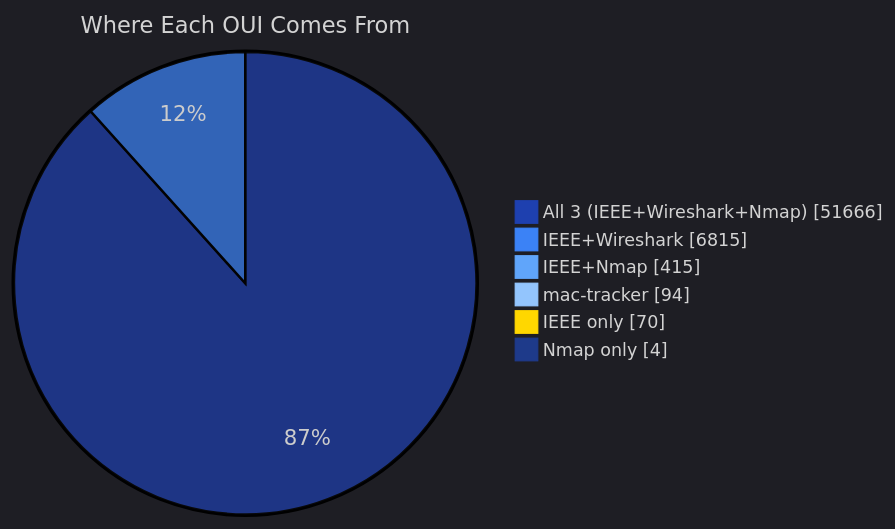
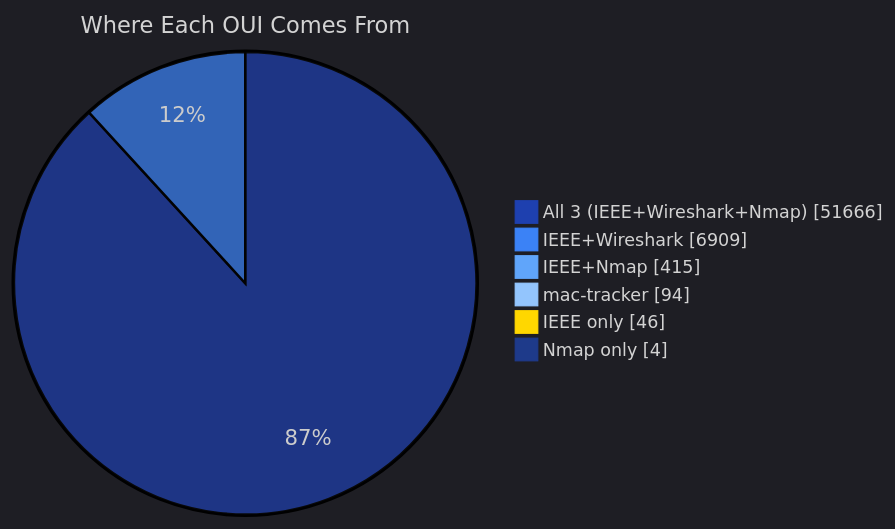
The second of 5 diagrams in data/readmes/Ringmast4r__OUI-Master-Database.md (zqf20096327/dbhub_collect), drawn with Mermaid before and after one commit. The commit also changed other lines of this file and 514 other files, not shown here.

````diff
--- a/data/readmes/Ringmast4r__OUI-Master-Database.md
+++ b/data/readmes/Ringmast4r__OUI-Master-Database.md
@@ -97,11 +97,11 @@
 ```mermaid
 %%{init: {'theme':'dark', 'themeVariables': {'pie1':'#1E40AF','pie2':'#3B82F6','pie3':'#60A5FA','pie4':'#93C5FD','pie5':'#FFD700','pie6':'#1E3A8A','pieTitleTextSize':'18px','pieLegendTextSize':'14px'}}}%%
 pie showData
     title Where Each OUI Comes From
     "All 3 (IEEE+Wireshark+Nmap)" : 51666
-    "IEEE+Wireshark" : 6815
+    "IEEE+Wireshark" : 6909
     "IEEE+Nmap" : 415
     "mac-tracker" : 94
-    "IEEE only" : 70
+    "IEEE only" : 46
     "Nmap only" : 4
 ```
````
